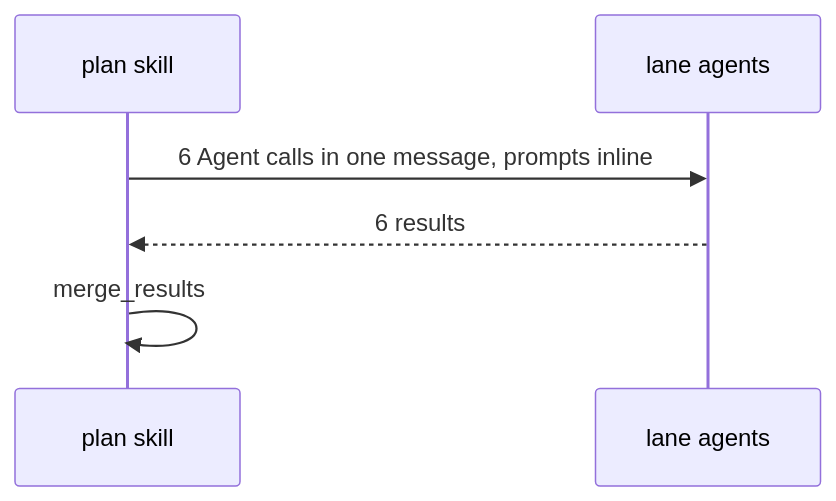
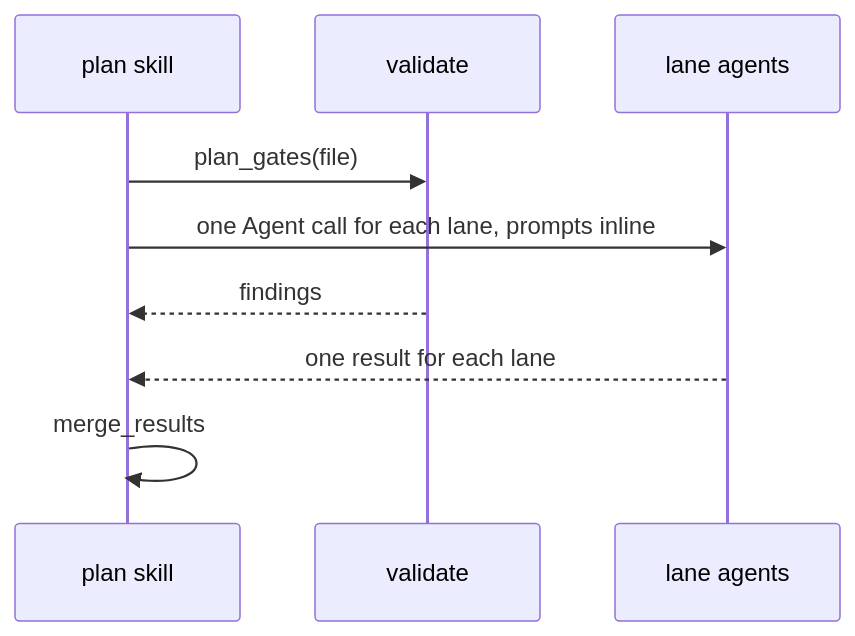
One commit to rnagrodzki/sdlc-plugin changed the fifth of 6 diagrams in openspec/specs/skill-plan/spec.md. Above: the diagram before and after it, drawn with Mermaid. The commit also changed other lines of this file and 14 other files, not shown here.

````diff
--- a/openspec/specs/skill-plan/spec.md
+++ b/openspec/specs/skill-plan/spec.md
@@ -624,8 +676,11 @@
 ```mermaid
 sequenceDiagram
   participant S as plan skill
+  participant V as validate
   participant A as lane agents
-  S->>A: 6 Agent calls in one message, prompts inline
-  A-->>S: 6 results
+  S->>V: plan_gates(file)
+  S->>A: one Agent call for each lane, prompts inline
+  V-->>S: findings
+  A-->>S: one result for each lane
   S->>S: merge_results
 ```
````
